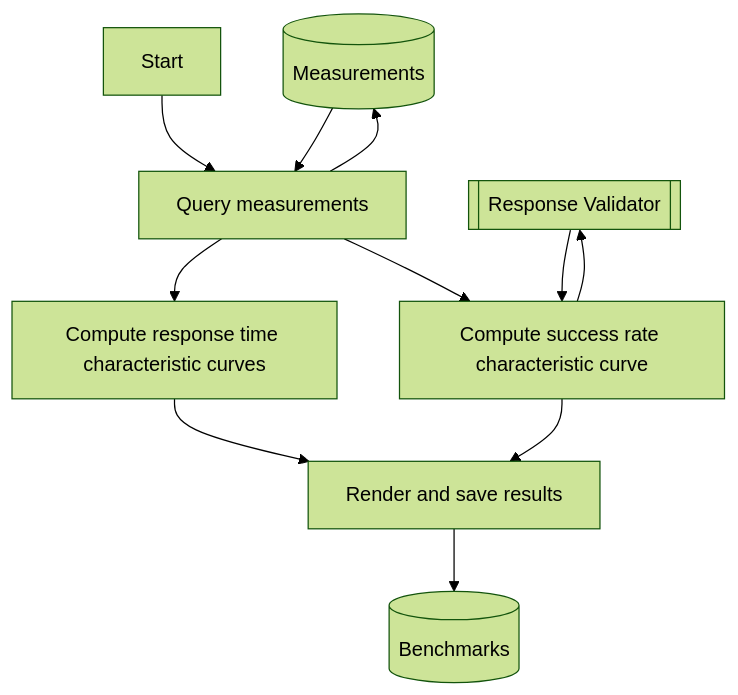
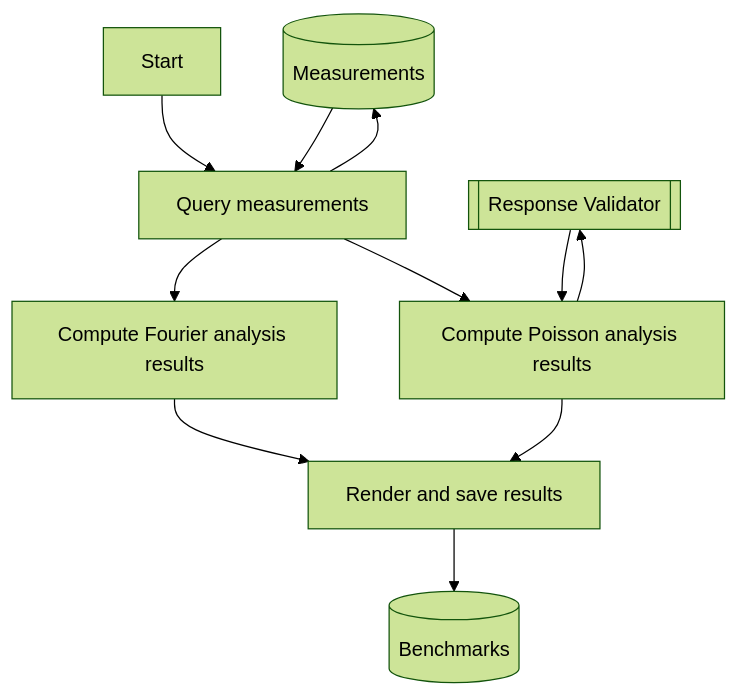
One commit to joshuanario/pepepages changed the second of 6 diagrams in public/perf_eng.md. Above: the diagram before and after it, drawn with Mermaid (forest theme). The commit also changed other lines of this file, not shown here.

First line of the commit message:
Fourier and poisson (#49)

````diff
--- a/public/perf_eng.md
+++ b/public/perf_eng.md
@@ -21,16 +21,16 @@
 ```mermaid
 flowchart TD
     sp[[Response Validator]]
     db[(Measurements)]
     A[Start] --> B[Query measurements]
     B --> db
     db --> B
-    B --> C[Compute response time characteristic curves]
-    B --> D[Compute success rate characteristic curve]
+    B --> C[Compute Fourier analysis results]
+    B --> D[Compute Poisson analysis results]
     D --> sp
     sp --> D
     C --> E[Render and save results]
     D --> E
     E --> store
     store[(Benchmarks)]
 ```
````
